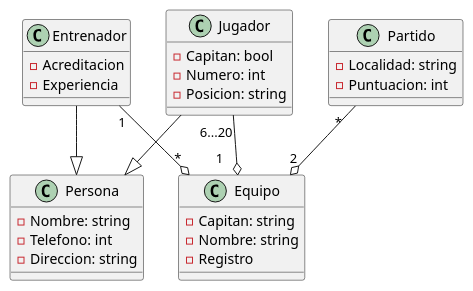
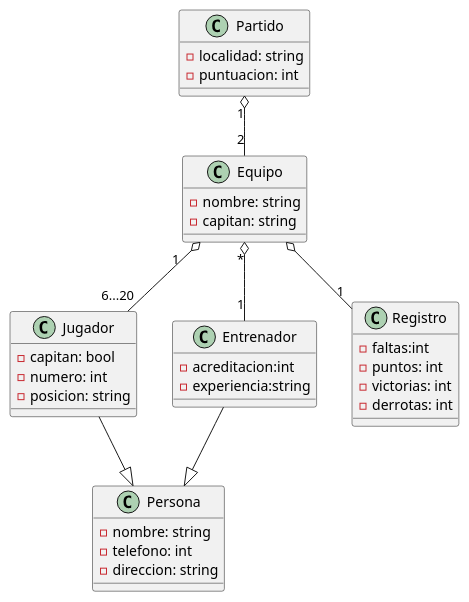
Before and after one commit to JhonatanHZ/IS-022023: the diagram in docs/diagrams/reto04DiagramaDeClases.plantuml, drawn with PlantUML. The commit also changed 3 other files, not shown here.

Commit message:
Diagramas de clases y objetos

```diff
--- a/docs/diagrams/reto04DiagramaDeClases.plantuml
+++ b/docs/diagrams/reto04DiagramaDeClases.plantuml
@@ -1,38 +1,44 @@
 @startuml DiagramaDeClases
 
-Jugador --|> Persona
-Entrenador --|> Persona
-Jugador "6...20"--o "1    " Equipo
-Entrenador "1" --o "*" Equipo
-Partido " *  " --o "2" Equipo 
+Jugador -d-|> Persona
+Entrenador -d-|> Persona
+Jugador "6...20"-u-o "1    " Equipo
+Entrenador "1" -u-o "*" Equipo
+Partido "1" o-d- "2" Equipo 
+Registro "1" -u-o Equipo 
 
 class Equipo{
-    - Capitan: string
-    - Nombre: string
-    - Registro
+    - nombre: string
+    - capitan: string
 }
 
 class Persona{
-    - Nombre: string
-    - Telefono: int
-    - Direccion: string
+    - nombre: string
+    - telefono: int
+    - direccion: string
 }
 
+class Registro{
+    - faltas:int
+    - puntos: int
+    - victorias: int
+    - derrotas: int
+}
 
 class Jugador{
-    - Capitan: bool
-    - Numero: int
-    - Posicion: string
+    - capitan: bool
+    - numero: int
+    - posicion: string
 }
 
 class Entrenador{
-    - Acreditacion
-    - Experiencia
+    - acreditacion:int
+    - experiencia:string
 }
 
 class Partido{
-    - Localidad: string
-    - Puntuacion: int
+    - localidad: string
+    - puntuacion: int
 }
 
 @enduml
```
